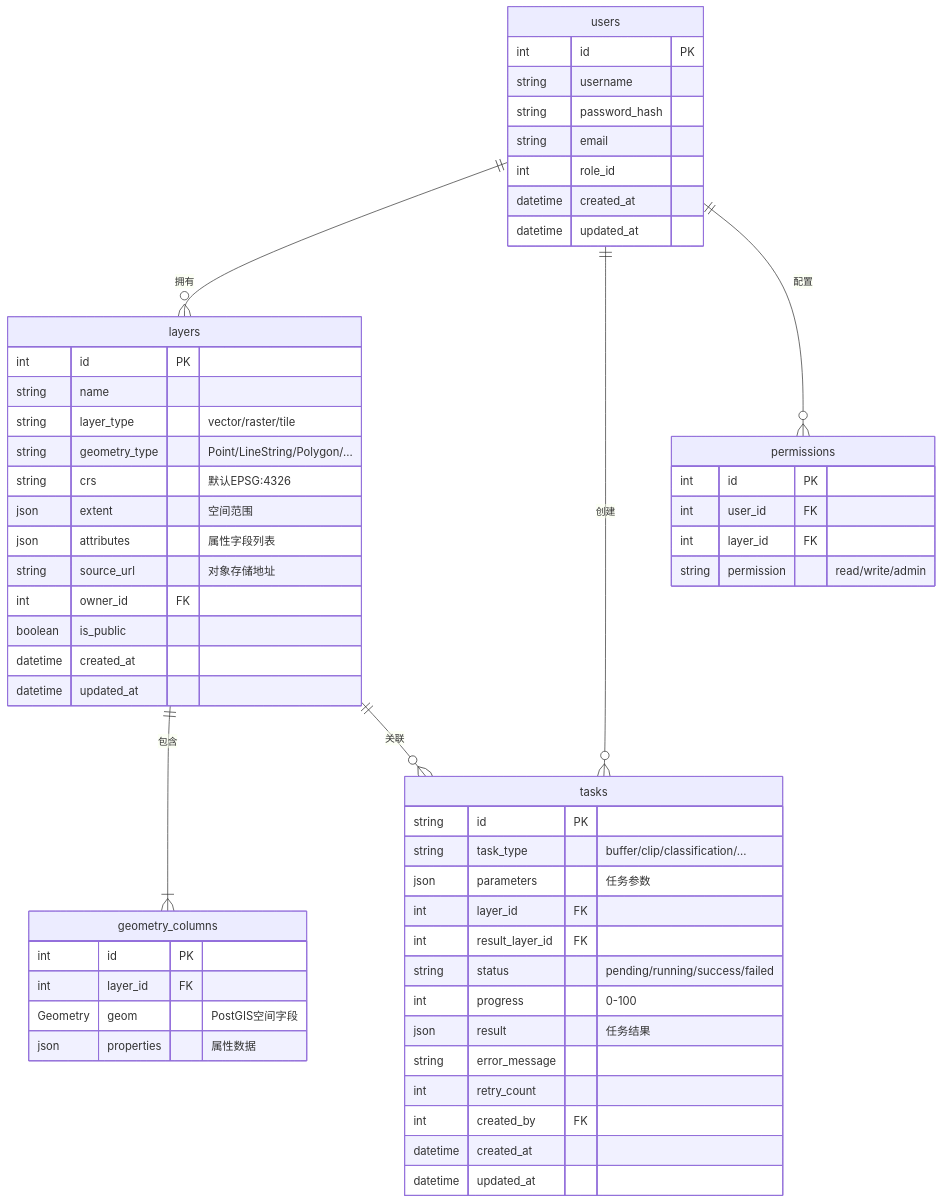
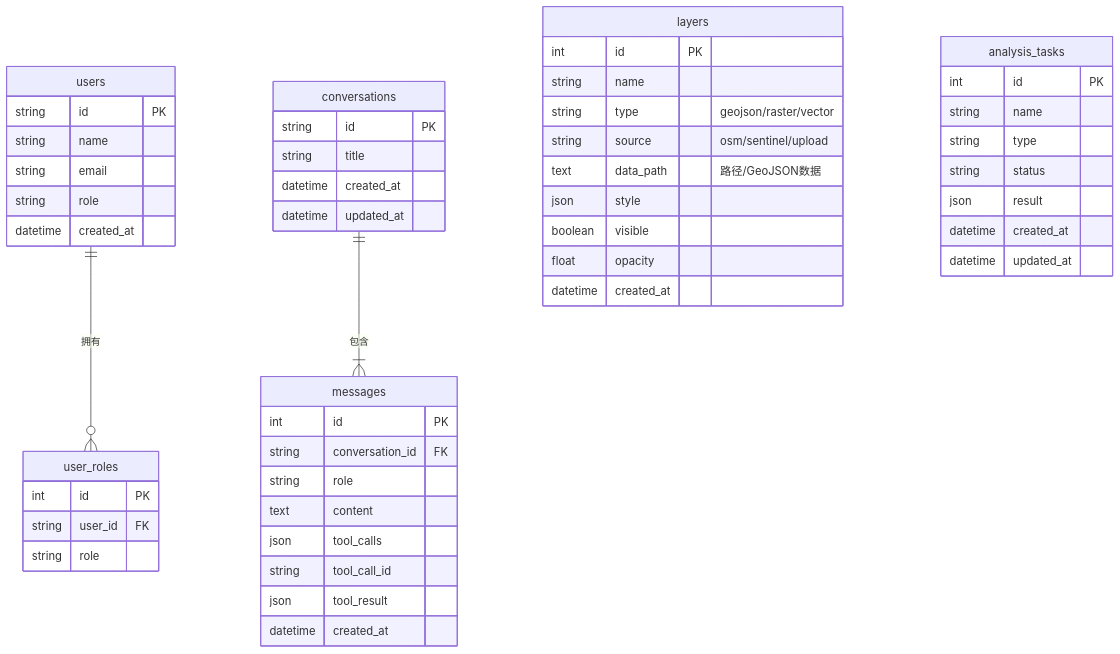
The third of 3 diagrams in docs/architecture.md (WindWang2/webgis-ai-agent), drawn with Mermaid before and after one commit. The commit also changed other lines of this file and 136 other files, not shown here.

````diff
--- a/docs/architecture.md
+++ b/docs/architecture.md
@@ -142,58 +142,53 @@
 ```mermaid
 erDiagram
     users {
+        string id PK
+        string name
+        string email
+        string role
+        datetime created_at
+    }
+    user_roles {
         int id PK
-        string username
-        string password_hash
-        string email
-        int role_id
+        string user_id FK
+        string role
+    }
+    conversations {
+        string id PK
+        string title
         datetime created_at
         datetime updated_at
+    }
+    messages {
+        int id PK
+        string conversation_id FK
+        string role
+        text content
+        json tool_calls
+        string tool_call_id
+        json tool_result
+        datetime created_at
     }
     layers {
         int id PK
         string name
-        string layer_type "vector/raster/tile"
-        string geometry_type "Point/LineString/Polygon/..."
-        string crs "默认EPSG:4326"
-        json extent "空间范围"
-        json attributes "属性字段列表"
-        string source_url "对象存储地址"
-        int owner_id FK
-        boolean is_public
+        string type "geojson/raster/vector"
+        string source "osm/sentinel/upload"
+        text data_path "路径/GeoJSON数据"
+        json style
+        boolean visible
+        float opacity
+        datetime created_at
+    }
+    analysis_tasks {
+        int id PK
+        string name
+        string type
+        string status
+        json result
         datetime created_at
         datetime updated_at
     }
-    geometry_columns {
-        int id PK
-        int layer_id FK
-        Geometry geom "PostGIS空间字段"
-        json properties "属性数据"
-    }
-    tasks {
-        string id PK
-        string task_type "buffer/clip/classification/..."
-        json parameters "任务参数"
-        int layer_id FK
-        int result_layer_id FK
-        string status "pending/running/success/failed"
-        int progress "0-100"
-        json result "任务结果"
-        string error_message
-        int retry_count
-        int created_by FK
-        datetime created_at
-        datetime updated_at
-    }
-    permissions {
-        int id PK
-        int user_id FK
-        int layer_id FK
-        string permission "read/write/admin"
-    }
-    users ||--o{ layers : 拥有
-    users ||--o{ tasks : 创建
-    layers ||--|{ geometry_columns : 包含
-    layers ||--o{ tasks : 关联
-    users ||--o{ permissions : 配置
+    users ||--o{ user_roles : 拥有
+    conversations ||--|{ messages : 包含
 ```
````
